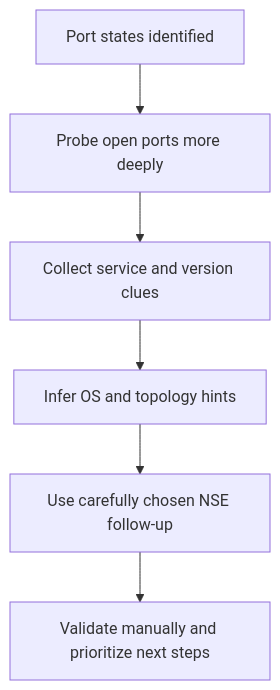
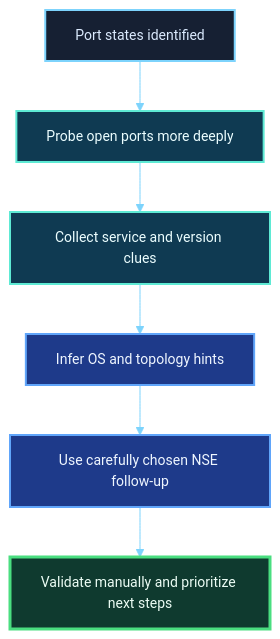
One commit to route2shell/hack-the-basics changed the first of 4 diagrams in modules/02-enumeration-using-nmap/lessons/module-02-lesson-2-4-service-detection-os-clues-and-script-assisted-enumeration.md. Above: the diagram before and after it, drawn with Mermaid. The commit also changed other lines of this file and 9 other files, not shown here.

````diff
--- a/modules/02-enumeration-using-nmap/lessons/module-02-lesson-2-4-service-detection-os-clues-and-script-assisted-enumeration.md
+++ b/modules/02-enumeration-using-nmap/lessons/module-02-lesson-2-4-service-detection-os-clues-and-script-assisted-enumeration.md
@@ -69,8 +69,19 @@
 ```mermaid
+%%{init: {"theme":"base","flowchart":{"curve":"basis","htmlLabels":true},"themeVariables":{"fontSize":"14px","primaryTextColor":"#e5eef8","lineColor":"#7dd3fc","primaryColor":"#0f172a","clusterBkg":"#0b1220","clusterBorder":"#334155"}}}%%
 flowchart TD
-    A[Port states identified] --> B[Probe open ports more deeply]
-    B --> C[Collect service and version clues]
-    C --> D[Infer OS and topology hints]
-    D --> E[Use carefully chosen NSE follow-up]
-    E --> F[Validate manually and prioritize next steps]
+    A["Port states identified"] --> B["Probe open ports more deeply"]
+    B --> C["Collect service and version clues"]
+    C --> D["Infer OS and topology hints"]
+    D --> E["Use carefully chosen NSE follow-up"]
+    E --> F["Validate manually and prioritize next steps"]
+
+    classDef foundation fill:#162033,stroke:#7dd3fc,color:#dbeafe,stroke-width:2px;
+    classDef enrich fill:#0f3a52,stroke:#5eead4,color:#ecfeff,stroke-width:2px;
+    classDef evidence fill:#1e3a8a,stroke:#60a5fa,color:#eff6ff,stroke-width:2px;
+    classDef handoff fill:#0f3a2f,stroke:#4ade80,color:#ecfdf5,stroke-width:3px;
+
+    class A foundation;
+    class B,C enrich;
+    class D,E evidence;
+    class F handoff;
 ```
````
